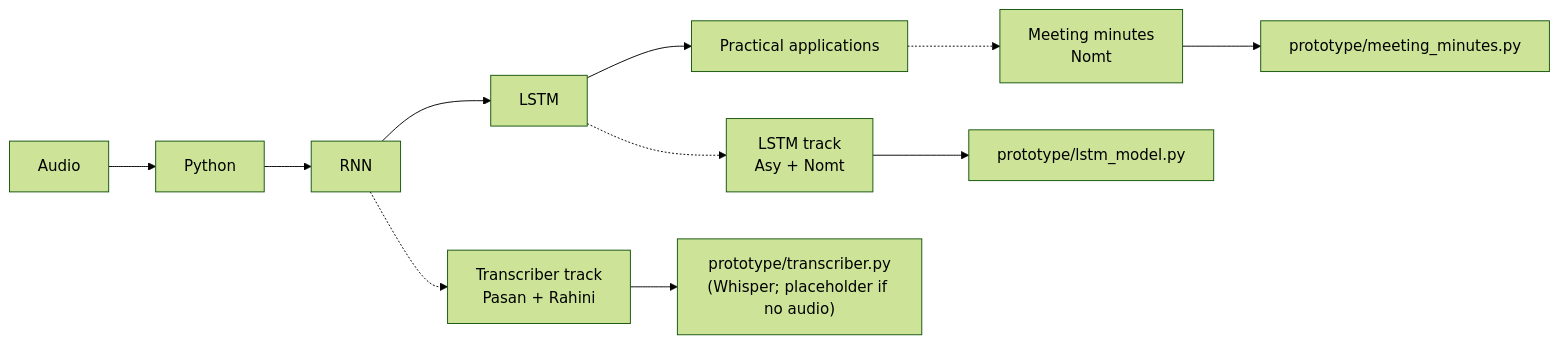
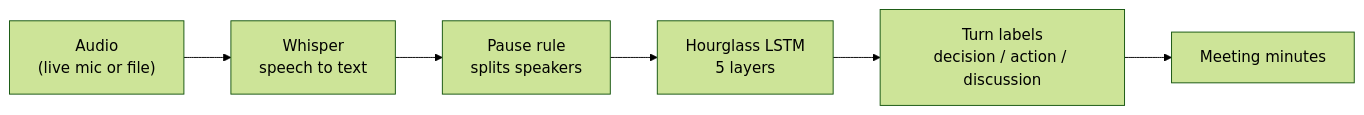
Before and after one commit to Asyxddiq/mlda-audio-workshop: the first of 5 diagrams in README.md, drawn with Mermaid (forest theme). The commit also changed other lines of this file and 157 other files, not shown here.

````diff
--- a/README.md
+++ b/README.md
@@ -78,10 +18,8 @@
 ```mermaid
 flowchart LR
-    A["Audio"] --> B["Python"] --> C["RNN"] --> D["LSTM"] --> E["Practical applications"]
-    C -.-> T1["Transcriber track<br/>Pasan + Rahini"]
-    D -.-> T2["LSTM track<br/>Asy + Nomt"]
-    E -.-> T3["Meeting minutes<br/>Nomt"]
-    T1 --> P1["prototype/transcriber.py<br/>(Whisper; placeholder if no audio)"]
-    T2 --> P2["prototype/lstm_model.py"]
-    T3 --> P3["prototype/meeting_minutes.py"]
+    A["Audio<br/>(live mic or file)"] --> B["Whisper<br/>speech to text"]
+    B --> C["Pause rule<br/>splits speakers"]
+    C --> D["Hourglass LSTM<br/>5 layers"]
+    D --> E["Turn labels<br/>decision / action / discussion"]
+    E --> F["Meeting minutes"]
 ```
````
